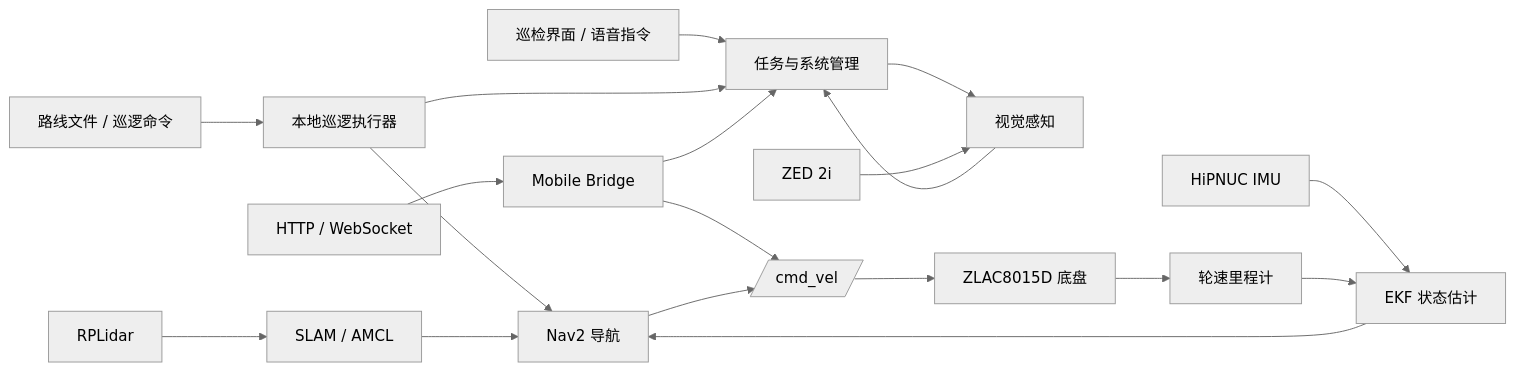
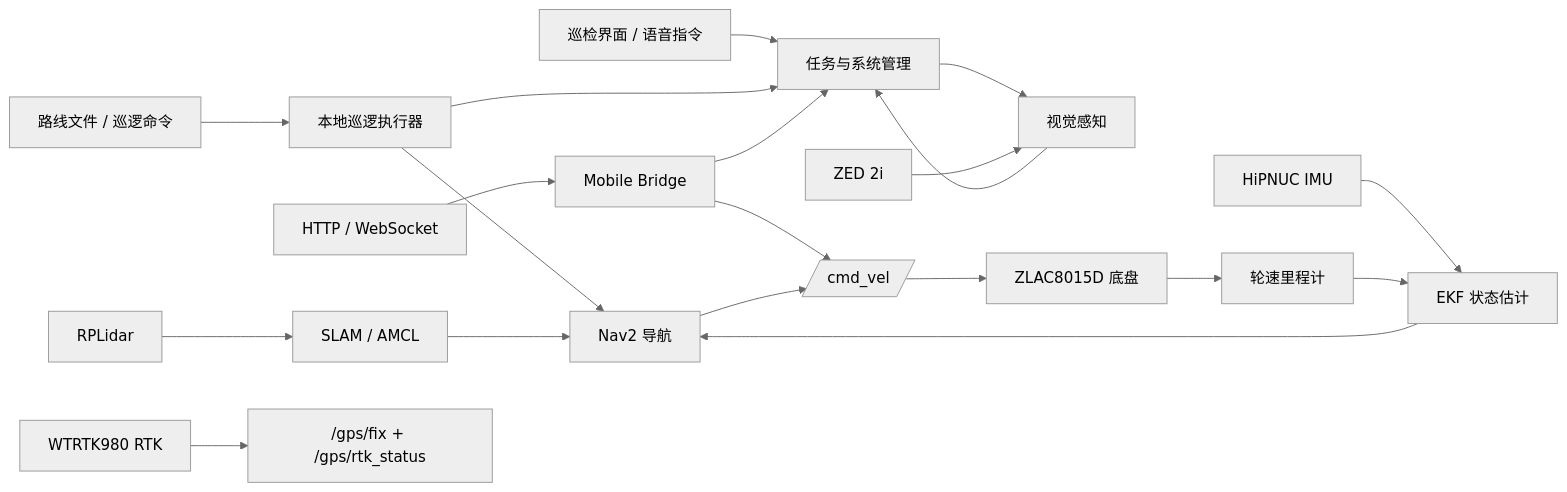
One commit to liaojingwu20041031/electric-power-inspection-robot changed the diagram in README.md. Above: the diagram before and after it, drawn with Mermaid (neutral theme). The commit also changed other lines of this file and 20 other files, not shown here.

````diff
--- a/README.md
+++ b/README.md
@@ -41,24 +41,25 @@
 ```mermaid
 flowchart LR
     UI[巡检界面 / 语音指令] --> TASK[任务与系统管理]
     ROUTE[路线文件 / 巡逻命令] --> PATROL[本地巡逻执行器]
     PATROL --> NAV[Nav2 导航]
     PATROL --> TASK
     TASK --> PERCEPTION[视觉感知]
     WEB[HTTP / WebSocket] --> BRIDGE[Mobile Bridge]
     BRIDGE --> TASK
     BRIDGE --> CMD
 
     NAV --> CMD[/cmd_vel/]
     CMD --> BASE[ZLAC8015D 底盘]
     BASE --> ODOM[轮速里程计]
 
     LIDAR[RPLidar] --> SLAM[SLAM / AMCL]
     IMU[HiPNUC IMU] --> EKF[EKF 状态估计]
+    RTK[WTRTK980 RTK] --> GPS["/gps/fix + /gps/rtk_status"]
     ODOM --> EKF
     EKF --> NAV
     SLAM --> NAV
 
     ZED[ZED 2i] --> PERCEPTION
     PERCEPTION --> TASK
 ```
````
